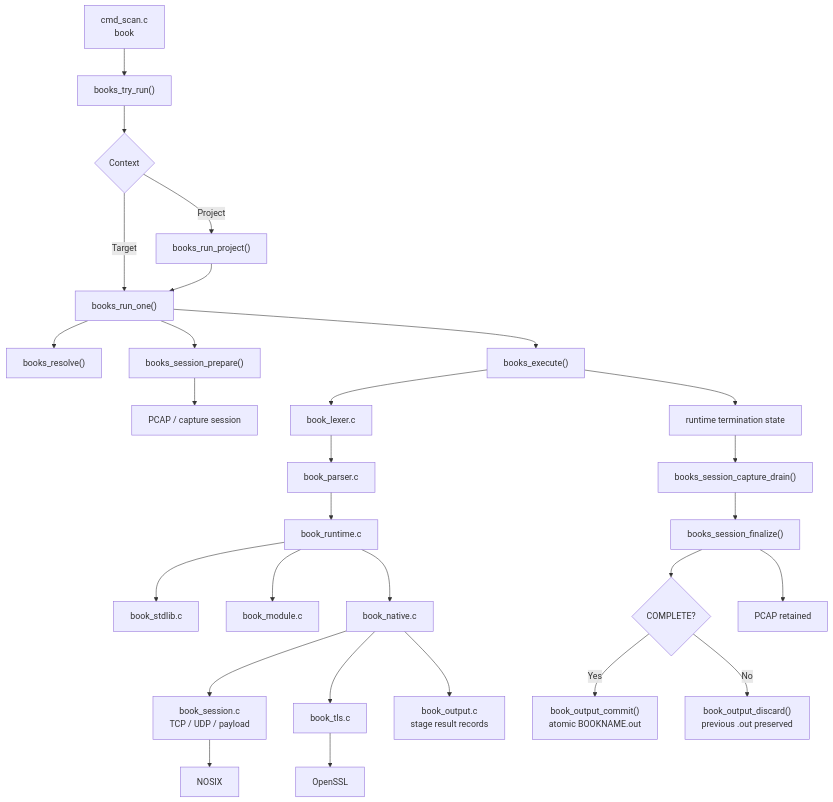
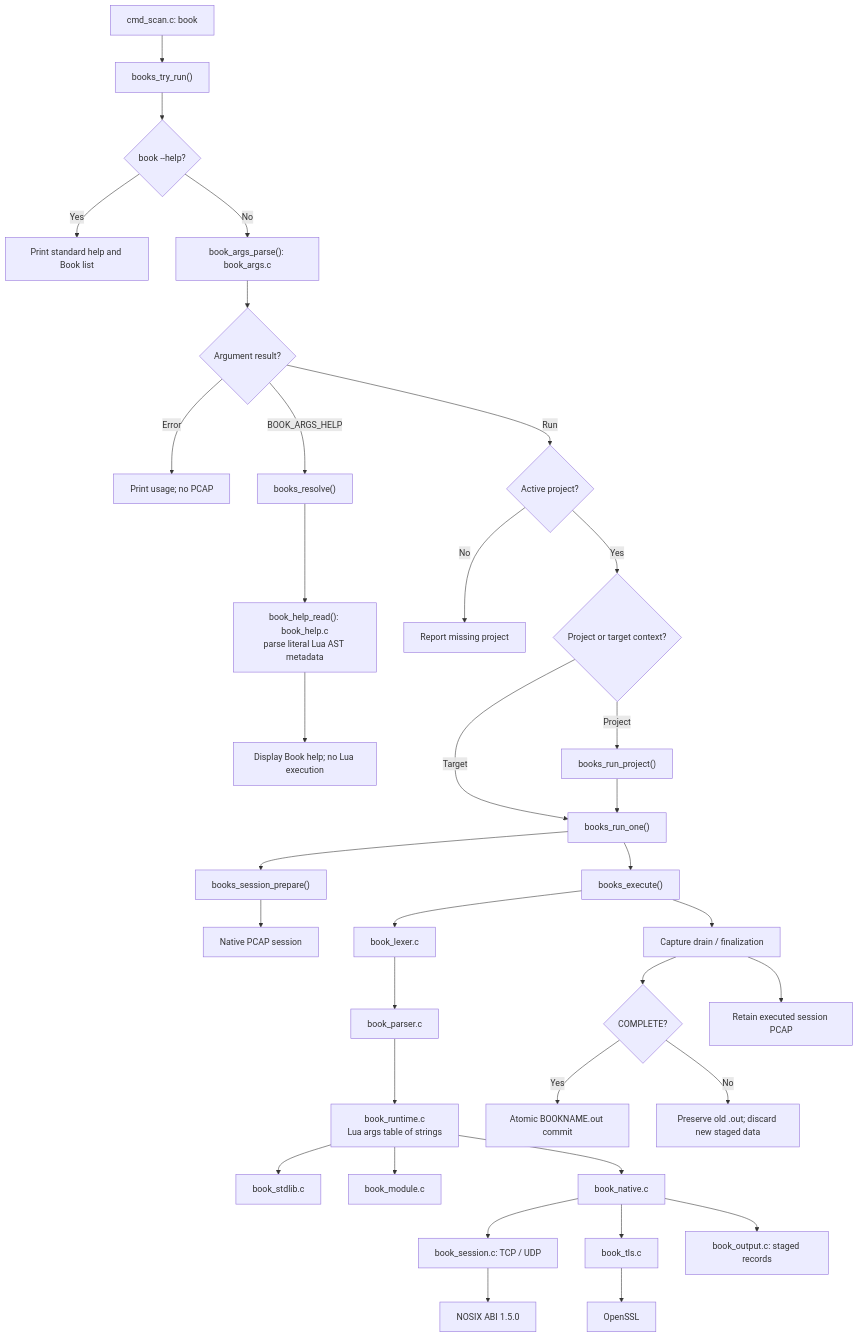
The seventh of 12 diagrams in docs/LINK_GRAPH.md (DFH-Software-Projects/kaminowaku), drawn with Mermaid before and after one commit. The commit also changed other lines of this file, not shown here.

Commit message:
Release 0.3.1: correct Book control-flow graph, help/argument links and CI inventory

````diff
--- a/docs/LINK_GRAPH.md
+++ b/docs/LINK_GRAPH.md
@@ -331,39 +336,37 @@
 ```mermaid
 flowchart TD
-    A["cmd_scan.c<br/>book"] --> B["books_try_run()"]
-    B --> C{"Context"}
-    C -->|Project| D["books_run_project()"]
-    C -->|Target| E["books_run_one()"]
-    D --> E
-
-    E --> F["books_resolve()"]
-    E --> G["books_session_prepare()"]
-    G --> H["PCAP / capture session"]
-
-    E --> I["books_execute()"]
-    I --> J["book_lexer.c"]
-    J --> K["book_parser.c"]
-    K --> L["book_runtime.c"]
-
-    L --> M["book_stdlib.c"]
-    L --> N["book_module.c"]
-    L --> O["book_native.c"]
-
-    O --> P["book_session.c<br/>TCP / UDP / payload"]
-    P --> Q["NOSIX"]
-
-    O --> R["book_tls.c"]
-    R --> S["OpenSSL"]
-
-    O --> T["book_output.c<br/>stage result records"]
-
-    I --> U["runtime termination state"]
-    U --> V["books_session_capture_drain()"]
-    V --> W["books_session_finalize()"]
-
-    W --> X{"COMPLETE?"}
-    X -->|Yes| Y["book_output_commit()<br/>atomic BOOKNAME.out"]
-    X -->|No| Z["book_output_discard()<br/>previous .out preserved"]
-
-    W --> AA["PCAP retained"]
+    A["cmd_scan.c: book"] --> B["books_try_run()"]
+    B --> HELPFLAG{"book --help?"}
+    HELPFLAG -->|Yes| LIST["Print standard help and Book list"]
+    HELPFLAG -->|No| PARSE["book_args_parse(): book_args.c"]
+    PARSE --> VALID{"Argument result?"}
+    VALID -->|Error| ERR["Print usage; no PCAP"]
+    VALID -->|BOOK_ARGS_HELP| RESOLVEHELP["books_resolve()"]
+    RESOLVEHELP --> STATIC["book_help_read(): book_help.c<br/>parse literal Lua AST metadata"]
+    STATIC --> MENU["Display Book help; no Lua execution"]
+    VALID -->|Run| PROJECT{"Active project?"}
+    PROJECT -->|No| STOP["Report missing project"]
+    PROJECT -->|Yes| SCOPE{"Project or target context?"}
+    SCOPE -->|Project| MANY["books_run_project()"]
+    SCOPE -->|Target| ONE["books_run_one()"]
+    MANY --> ONE
+    ONE --> PREP["books_session_prepare()"]
+    PREP --> CAPTURE["Native PCAP session"]
+    ONE --> EXEC["books_execute()"]
+    EXEC --> LEX["book_lexer.c"]
+    LEX --> AST["book_parser.c"]
+    AST --> RUNTIME["book_runtime.c<br/>Lua args table of strings"]
+    RUNTIME --> STDLIB["book_stdlib.c"]
+    RUNTIME --> MODULE["book_module.c"]
+    RUNTIME --> NATIVE["book_native.c"]
+    NATIVE --> NET["book_session.c: TCP / UDP"]
+    NET --> NOSIX["NOSIX ABI 1.5.0"]
+    NATIVE --> TLS["book_tls.c"]
+    TLS --> SSL["OpenSSL"]
+    NATIVE --> OUTPUT["book_output.c: staged records"]
+    EXEC --> DRAIN["Capture drain / finalization"]
+    DRAIN --> DONE{"COMPLETE?"}
+    DONE -->|Yes| SAVE["Atomic BOOKNAME.out commit"]
+    DONE -->|No| DISCARD["Preserve old .out; discard new staged data"]
+    DRAIN --> PCAP["Retain executed session PCAP"]
 ```
````
